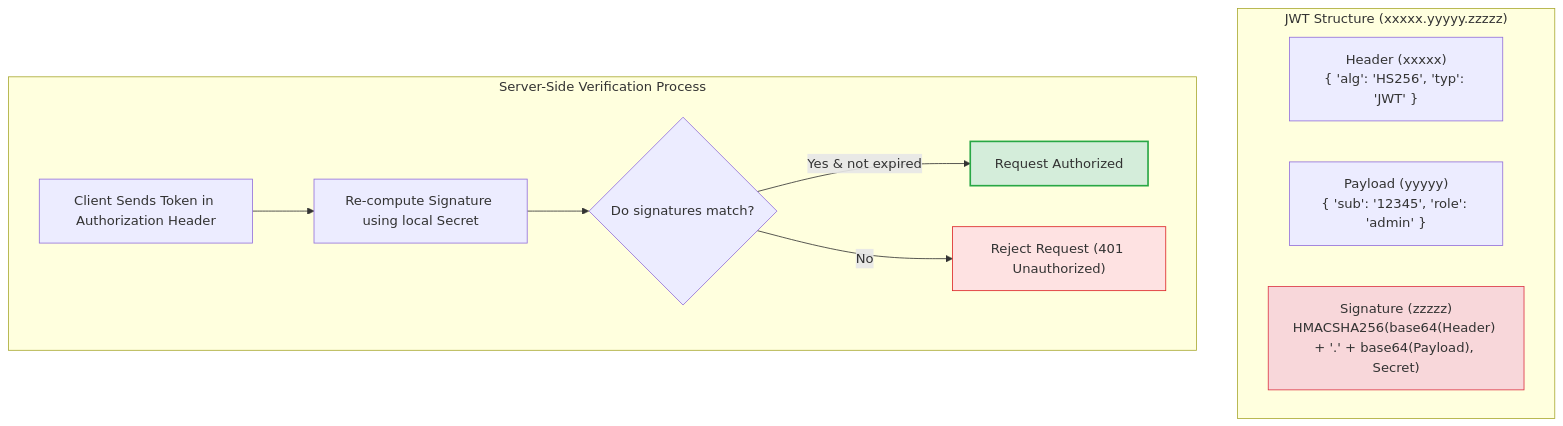
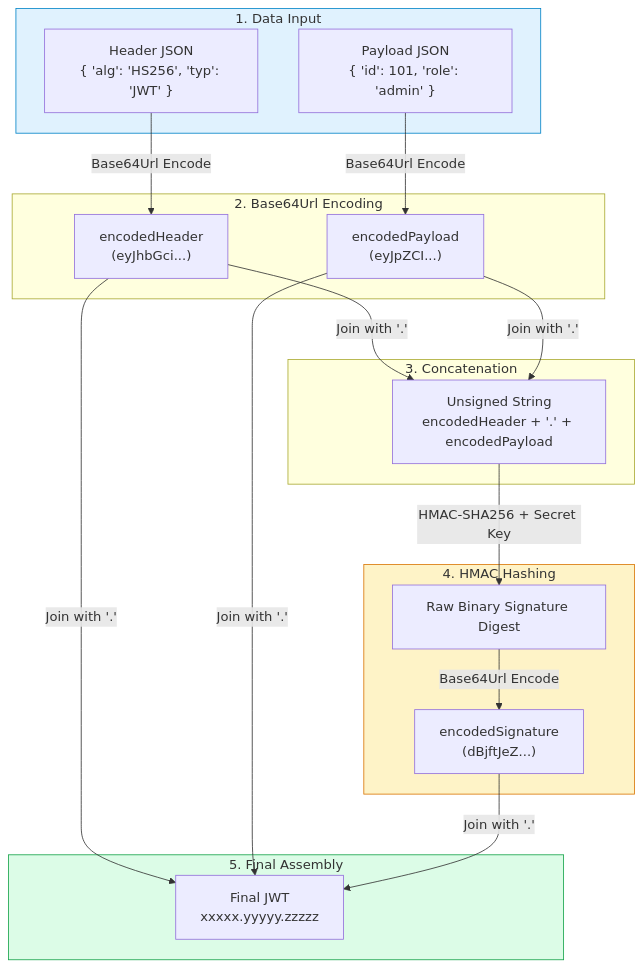
Before and after one commit to Nishant8826/theory-leaning: the first of 2 diagrams in NodeJS/34_JWT.md, drawn with Mermaid. The commit also changed other lines of this file and 1 other file, not shown here.

````diff
--- a/NodeJS/34_JWT.md
+++ b/NodeJS/34_JWT.md
@@ -26,19 +188,29 @@
 ```mermaid
-graph TD
-    subgraph JWT ["JWT Structure (xxxxx.yyyyy.zzzzz)"]
-        Header["Header (xxxxx)<br/>{ 'alg': 'HS256', 'typ': 'JWT' }"]
-        Payload["Payload (yyyyy)<br/>{ 'sub': '12345', 'role': 'admin' }"]
-        Sig["Signature (zzzzz)<br/>HMACSHA256(base64(Header) + '.' + base64(Payload), Secret)"]
+flowchart TD
+    subgraph Input ["1. Data Input"]
+        H["Header JSON<br/>{ 'alg': 'HS256', 'typ': 'JWT' }"]
+        P["Payload JSON<br/>{ 'id': 101, 'role': 'admin' }"]
     end
 
-    subgraph Verification ["Server-Side Verification Process"]
-        ClientToken["Client Sends Token in Authorization Header"] --> Recompute["Re-compute Signature using local Secret"]
-        Recompute --> Check{"Do signatures match?"}
-        Check -->|Yes & not expired| Pass["Request Authorized"]
-        Check -->|No| Fail["Reject Request (401 Unauthorized)"]
+    subgraph Encoding ["2. Base64Url Encoding"]
+        H -->|Base64Url Encode| EH["encodedHeader<br/>(eyJhbGci...)"]
+        P -->|Base64Url Encode| EP["encodedPayload<br/>(eyJpZCI...)"]
     end
 
-    style Sig fill:#f8d7da,stroke:#dc3545
-    style Pass fill:#d4edda,stroke:#28a745,stroke-width:2px
-    style Fail fill:#fee2e2,stroke:#dc2626
+    subgraph Combining ["3. Concatenation"]
+        EH & EP -->|Join with '.'| Unsigned["Unsigned String<br/>encodedHeader + '.' + encodedPayload"]
+    end
+
+    subgraph Signing ["4. HMAC Hashing"]
+        Unsigned -->|HMAC-SHA256 + Secret Key| Digest["Raw Binary Signature Digest"]
+        Digest -->|Base64Url Encode| ES["encodedSignature<br/>(dBjftJeZ...)"]
+    end
+
+    subgraph Output ["5. Final Assembly"]
+        EH & EP & ES -->|Join with '.'| FinalJWT["Final JWT<br/>xxxxx.yyyyy.zzzzz"]
+    end
+
+    style Input fill:#e0f2fe,stroke:#0284c7
+    style Output fill:#dcfce7,stroke:#16a34a
+    style Signing fill:#fef3c7,stroke:#d97706
 ```
````
